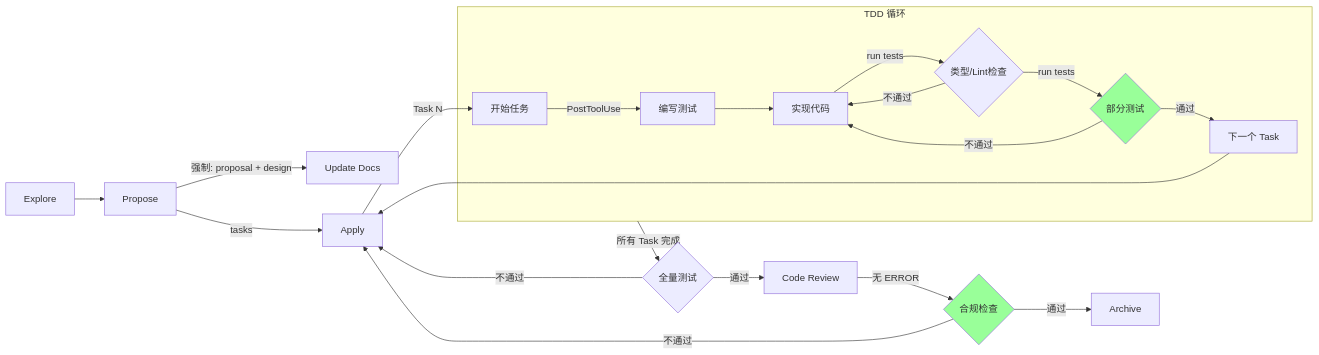
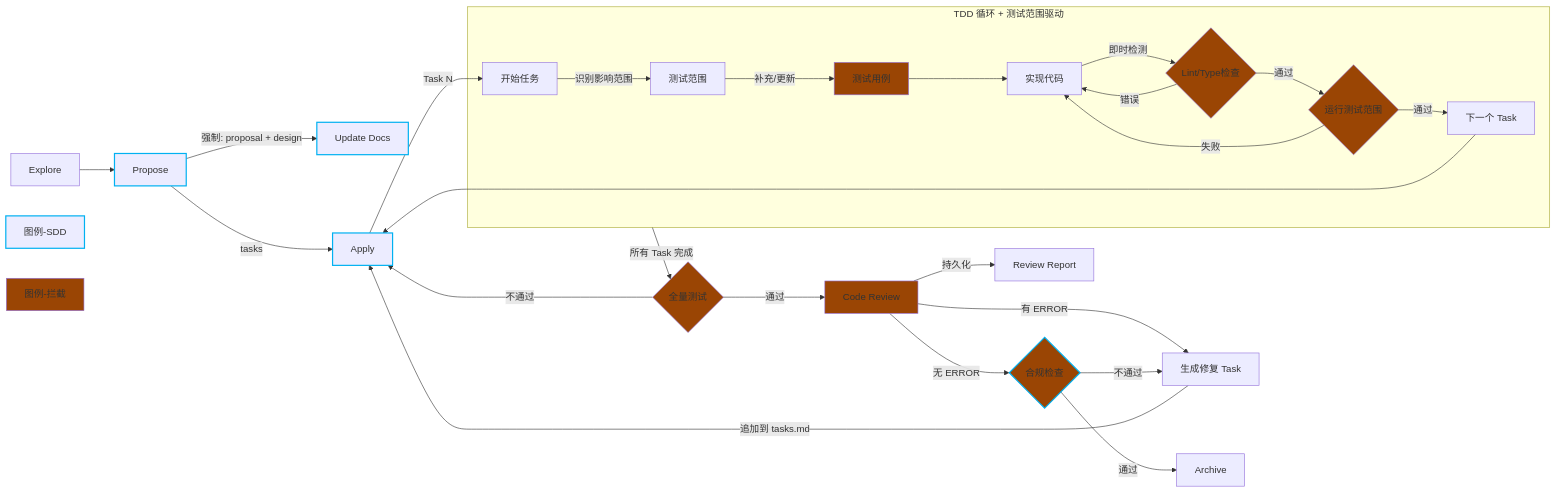
One commit to fisher-89/agent-plugins changed the second of 2 diagrams in openspec/designs/sdd-tdd-review-optimization/analysis-current-state.md. Above: the diagram before and after it, drawn with Mermaid. The commit also changed other lines of this file and 5 other files, not shown here.

First line of the commit message:
docs: update SDD-TDD review optimization design documents

````diff
--- a/openspec/designs/sdd-tdd-review-optimization/analysis-current-state.md
+++ b/openspec/designs/sdd-tdd-review-optimization/analysis-current-state.md
@@ -125,29 +118,49 @@
 ```mermaid
 graph LR
     E[Explore] --> P[Propose]
     P --> |强制: proposal + design| SPEC[Update Docs]
     P --> |tasks| A[Apply]
     A --> |Task N| T[开始任务]
 
-    subgraph TDD_Cycle[TDD 循环]
-        T --> |PostToolUse| TEST[编写测试]
-        TEST --> | | IMPL[实现代码]
-        IMPL --> |run tests| TYPECHECK{类型/Lint检查}
-        TYPECHECK -->|不通过| IMPL
-        TYPECHECK --> |run tests| PASS{部分测试}
-        PASS -->|通过| NEXT[下一个 Task]
-        PASS -->|不通过| IMPL
+    subgraph TDD_Cycle[TDD 循环 + 测试范围驱动]
+        T --> |识别影响范围| SCOPE[测试范围]
+        SCOPE --> |补充/更新| UPDATE[测试用例]
+        UPDATE --> | | IMPL[实现代码]
+        IMPL --> |即时检测| LINT{Lint/Type检查}
+        LINT -->|错误| IMPL
+        LINT -->|通过| RUNNER{运行测试范围}
+        RUNNER -->|失败| IMPL
+        RUNNER -->|通过| NEXT[下一个 Task]
     end
 
     NEXT --> A
 
     TDD_Cycle --> |所有 Task 完成| TEST_ALL{全量测试}
     TEST_ALL --> |通过| REVIEW[Code Review]
     TEST_ALL --> |不通过| A
+    REVIEW --> |持久化| REPORT[Review Report]
+    REVIEW --> |有 ERROR| GEN[生成修复 Task]
+    GEN --> |追加到 tasks.md| A
     REVIEW --> |无 ERROR| COMPLIANCE{合规检查}
     COMPLIANCE -->|通过| Archive[Archive]
-    COMPLIANCE -->|不通过| A
+    COMPLIANCE -->|不通过| GEN
 
-    style PASS fill:#9f9
-    style COMPLIANCE fill:#9f9
+
+    style 图例-SDD stroke:#01b1f1
+    style 图例-SDD stroke-width:2
+    style 图例-拦截 fill:#9a4504
+    style P stroke:#01b1f1
+    style P stroke-width:2
+    style A stroke:#01b1f1
+    style A stroke-width:2
+    style SPEC stroke:#01b1f1
+    style SPEC stroke-width:2
+    style COMPLIANCE stroke:#01b1f1
+    style COMPLIANCE stroke-width:2
+    style COMPLIANCE fill:#9a4504
+    style UPDATE fill:#9a4504
+    style LINT fill:#9a4504
+    style RUNNER fill:#9a4504
+    style TEST_ALL fill:#9a4504
+    style REVIEW fill:#9a4504
 ```
````
